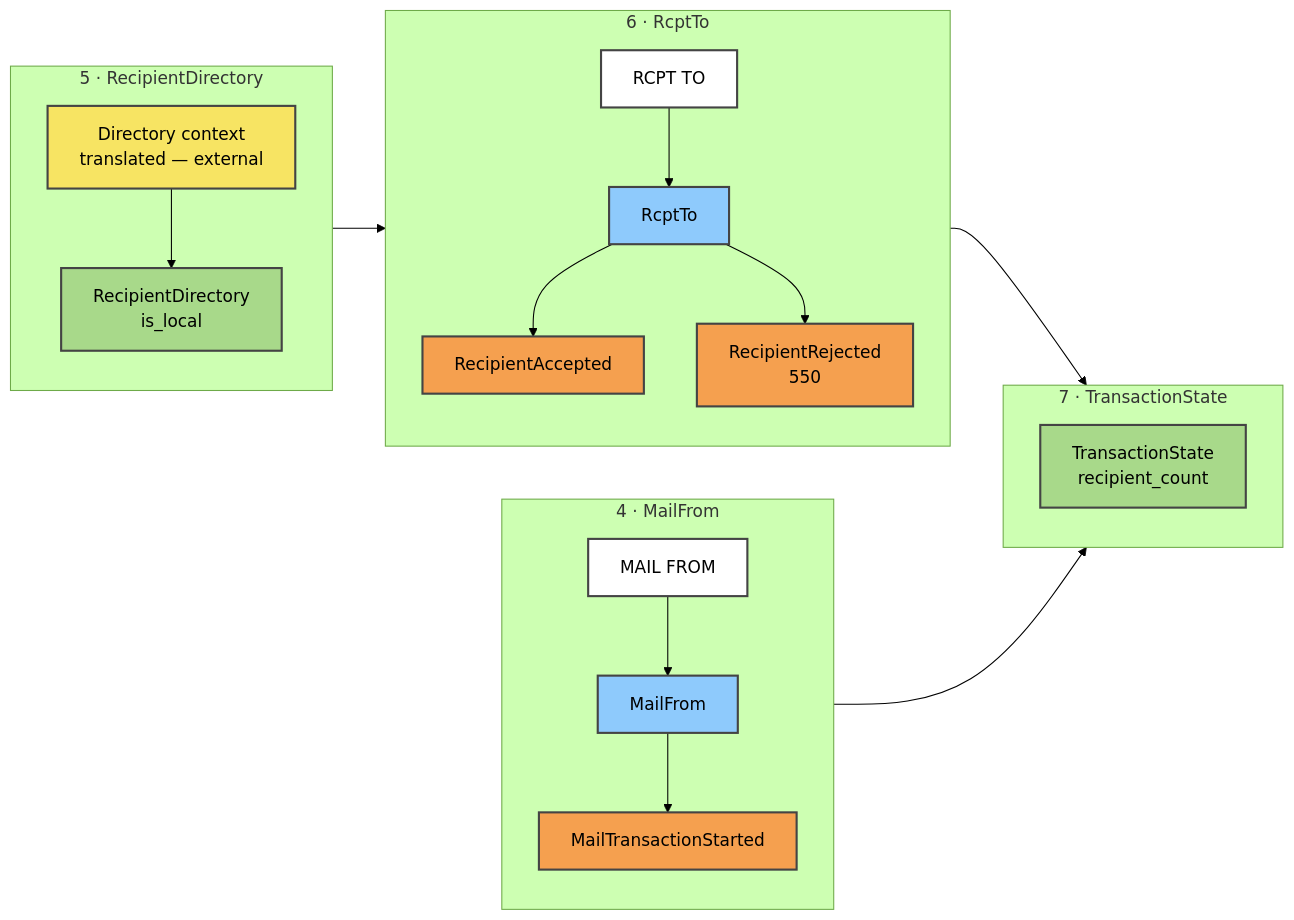
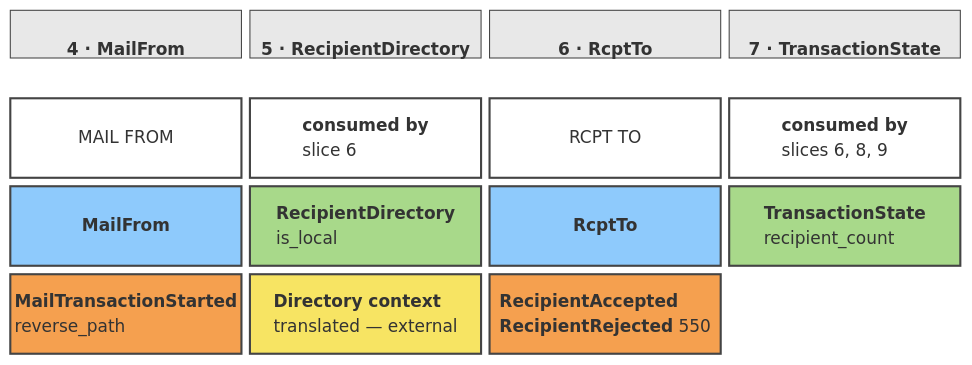
The sixth of 9 diagrams in docs/diagrams/README.md (IvanTheGeek/FnEmail-Model), drawn with Mermaid (forest theme) before and after one commit. The commit also changed other lines of this file, not shown here.

````diff
--- a/docs/diagrams/README.md
+++ b/docs/diagrams/README.md
@@ -179,49 +186,21 @@
 ```mermaid
-flowchart LR
-  subgraph c4["4 · MailFrom"]
-    direction TB
-    s4["MAIL FROM"]
-    k4["MailFrom"]
-    e4["MailTransactionStarted"]
-    s4 --> k4
-    k4 --> e4
-  end
+block
+  columns 4
+  h4["<b>4 · MailFrom</b>"] h5["<b>5 · RecipientDirectory</b>"] h6["<b>6 · RcptTo</b>"] h7["<b>7 · TransactionState</b>"]
+  s4["MAIL FROM"] s5["<b>consumed by</b>\nslice 6"] s6["RCPT TO"] s7["<b>consumed by</b>\nslices 6, 8, 9"]
+  k4["<b>MailFrom</b>"] r5["<b>RecipientDirectory</b>\nis_local"] k6["<b>RcptTo</b>"] r7["<b>TransactionState</b>\nrecipient_count"]
+  e4["<b>MailTransactionStarted</b>\nreverse_path"] x5["<b>Directory context</b>\ntranslated — external"] e6["<b>RecipientAccepted</b>\n<b>RecipientRejected</b> 550"] space
 
-  subgraph c5["5 · RecipientDirectory"]
-    direction TB
-    x5["Directory context<br/>translated — external"]
-    r5["RecipientDirectory<br/>is_local"]
-    x5 --> r5
-  end
-
-  subgraph c6["6 · RcptTo"]
-    direction TB
-    s6["RCPT TO"]
-    k6["RcptTo"]
-    e6["RecipientAccepted"]
-    e6b["RecipientRejected<br/>550"]
-    s6 --> k6
-    k6 --> e6
-    k6 --> e6b
-  end
-
-  subgraph c7["7 · TransactionState"]
-    direction TB
-    r7["TransactionState<br/>recipient_count"]
-  end
-
-  e4 --> r7
-  e6 --> r7
-  r5 --> k6
-
-  classDef screen fill:#ffffff,stroke:#444,stroke-width:2px,color:#000
-  classDef command fill:#8ecafc,stroke:#444,stroke-width:2px,color:#000
-  classDef event fill:#f5a04f,stroke:#444,stroke-width:2px,color:#000
-  classDef external fill:#f7e463,stroke:#444,stroke-width:2px,color:#000
-  classDef readmodel fill:#a8d98a,stroke:#444,stroke-width:2px,color:#000
-  class s4,s6 screen
+  classDef hdr fill:#e8e8e8,stroke:#444,stroke-width:1px,color:#000,text-align:left,height:45px
+  classDef screen fill:#ffffff,stroke:#444,stroke-width:2px,color:#000,text-align:left,height:75px
+  classDef command fill:#8ecafc,stroke:#444,stroke-width:2px,color:#000,text-align:left,height:75px
+  classDef readmodel fill:#a8d98a,stroke:#444,stroke-width:2px,color:#000,text-align:left,height:75px
+  classDef event fill:#f5a04f,stroke:#444,stroke-width:2px,color:#000,text-align:left,height:75px
+  classDef external fill:#f7e463,stroke:#444,stroke-width:2px,color:#000,text-align:left,height:75px
+  class h4,h5,h6,h7 hdr
+  class s4,s5,s6,s7 screen
   class k4,k6 command
-  class e4,e6,e6b event
+  class r5,r7 readmodel
+  class e4,e6 event
   class x5 external
-  class r5,r7 readmodel
 ```
````
